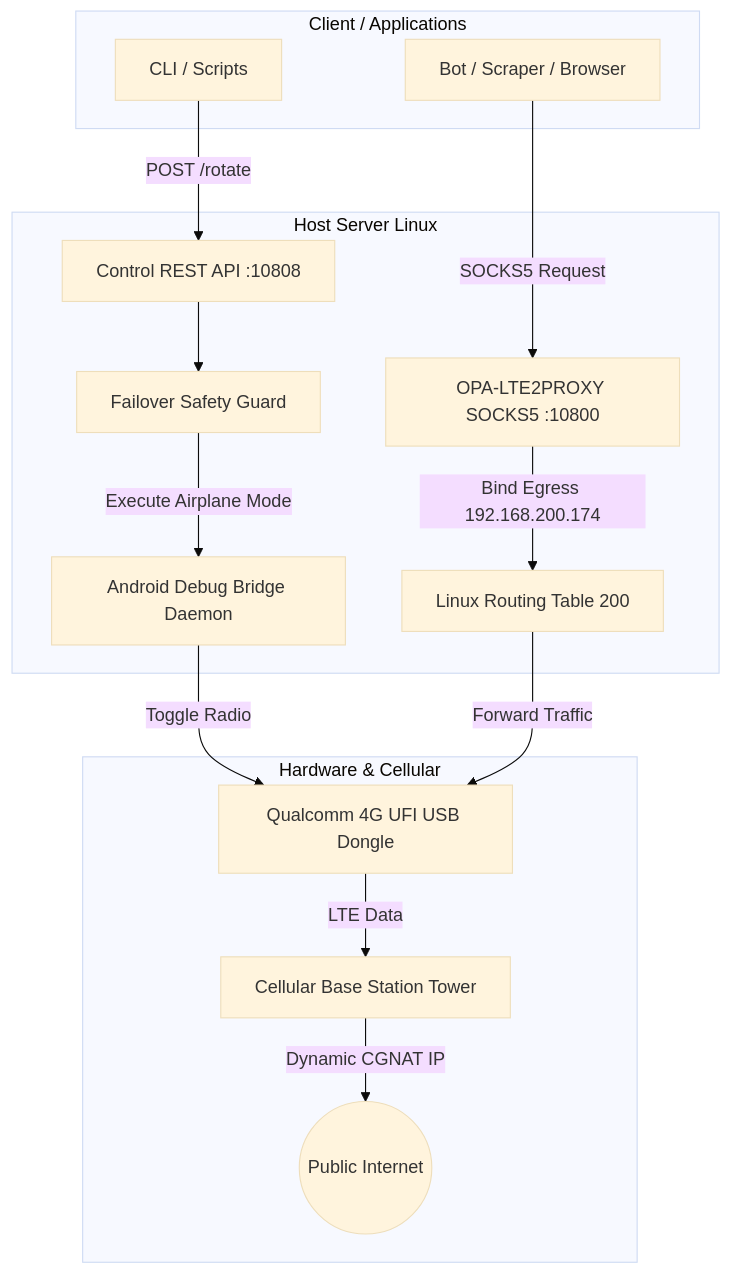
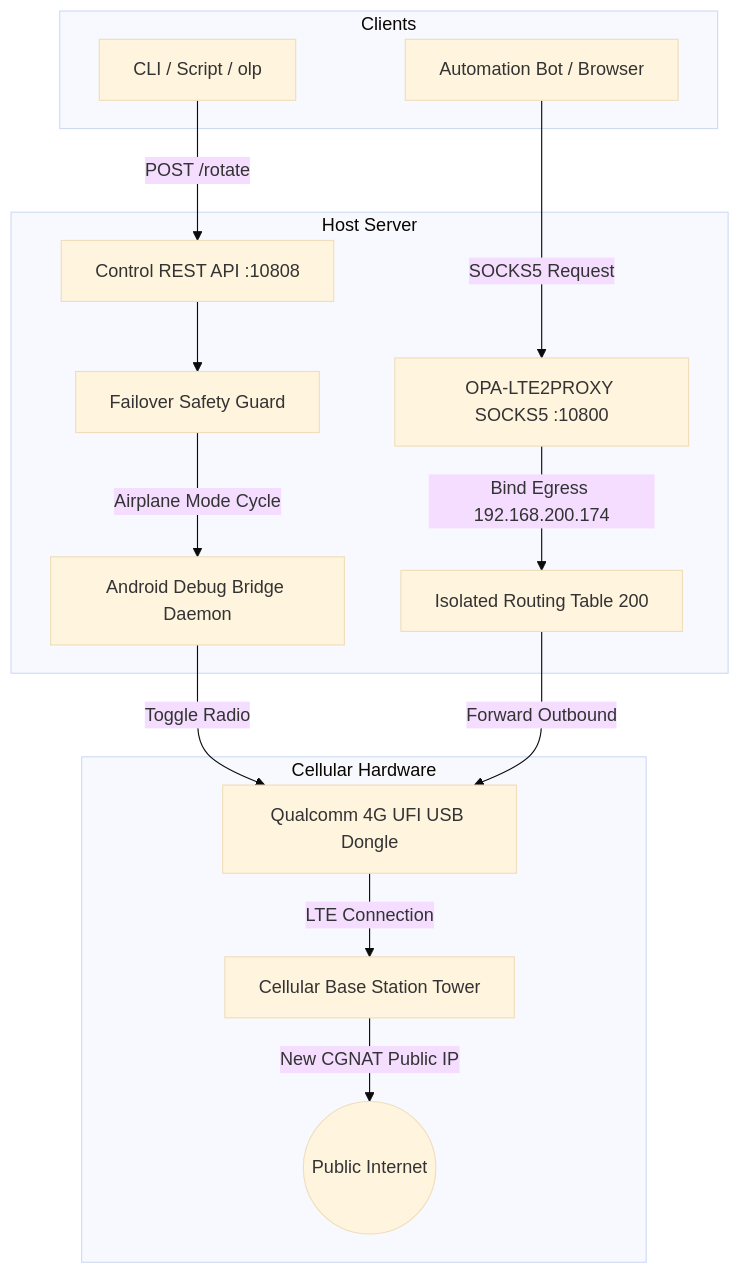
One commit to naufalmng/opa-lte2proxy changed the diagram in README.md. Above: the diagram before and after it, drawn with Mermaid (base theme). The commit also changed other lines of this file and 8 other files, not shown here.

Commit message:
feat: add proactive interactive setup wizard (olp setup), cross-platform support (Linux/macOS/Windows), E2E test suite, and GPL-3.0 license

````diff
--- a/README.md
+++ b/README.md
@@ -57,31 +84,31 @@
 ```mermaid
 graph TD
-    subgraph Client / Applications
-        Bot[Bot / Scraper / Browser]
-        Curl[CLI / Scripts]
+    subgraph Clients
+        Bot[Automation Bot / Browser]
+        Curl[CLI / Script / olp]
     end
 
-    subgraph Host Server Linux
+    subgraph Host Server
         Proxy[OPA-LTE2PROXY SOCKS5 :10800]
         API[Control REST API :10808]
         Guard[Failover Safety Guard]
-        Table200[Linux Routing Table 200]
+        Table200[Isolated Routing Table 200]
         ADB[Android Debug Bridge Daemon]
     end
 
-    subgraph Hardware & Cellular
+    subgraph Cellular Hardware
         Modem[Qualcomm 4G UFI USB Dongle]
         BTS[Cellular Base Station Tower]
         Internet((Public Internet))
     end
 
     Bot -->|SOCKS5 Request| Proxy
     Curl -->|POST /rotate| API
     API --> Guard
-    Guard -->|Execute Airplane Mode| ADB
+    Guard -->|Airplane Mode Cycle| ADB
     ADB -->|Toggle Radio| Modem
     Proxy -->|Bind Egress 192.168.200.174| Table200
-    Table200 -->|Forward Traffic| Modem
-    Modem -->|LTE Data| BTS
-    BTS -->|Dynamic CGNAT IP| Internet
+    Table200 -->|Forward Outbound| Modem
+    Modem -->|LTE Connection| BTS
+    BTS -->|New CGNAT Public IP| Internet
 ```
````
